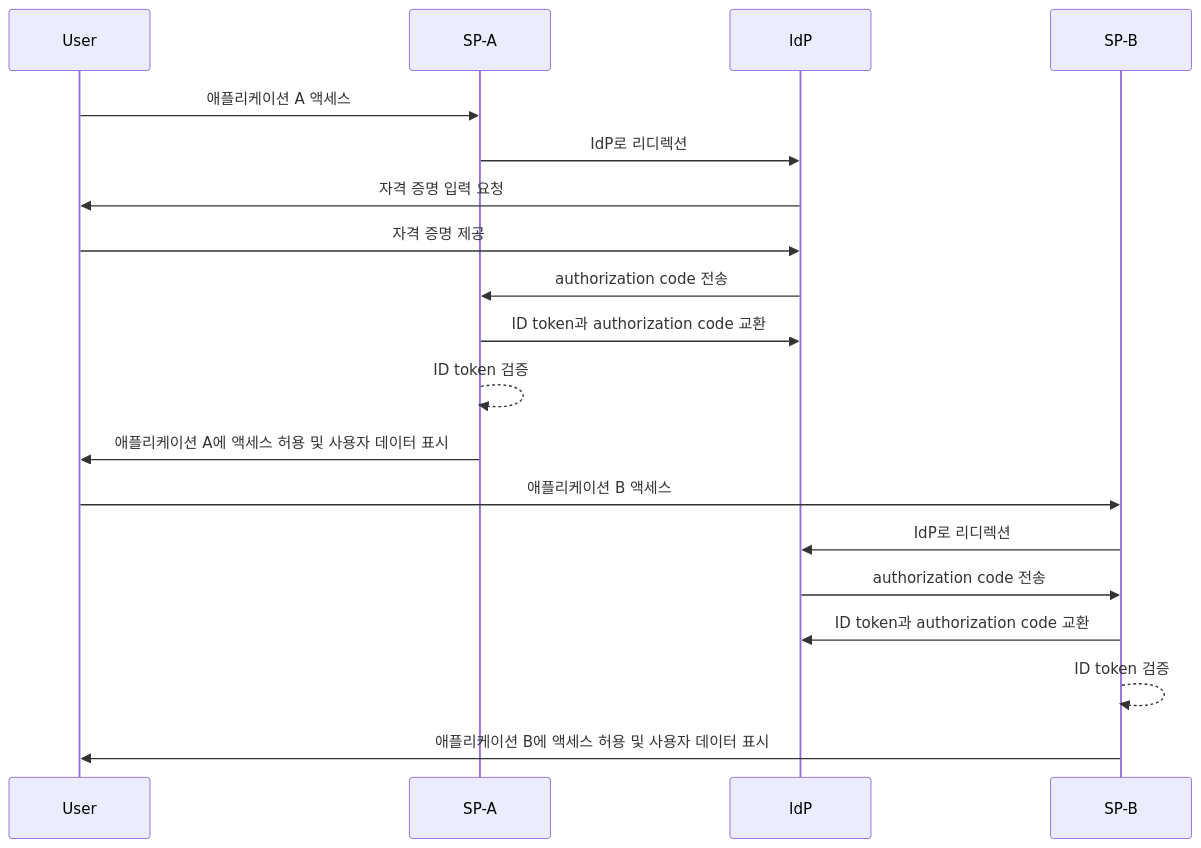
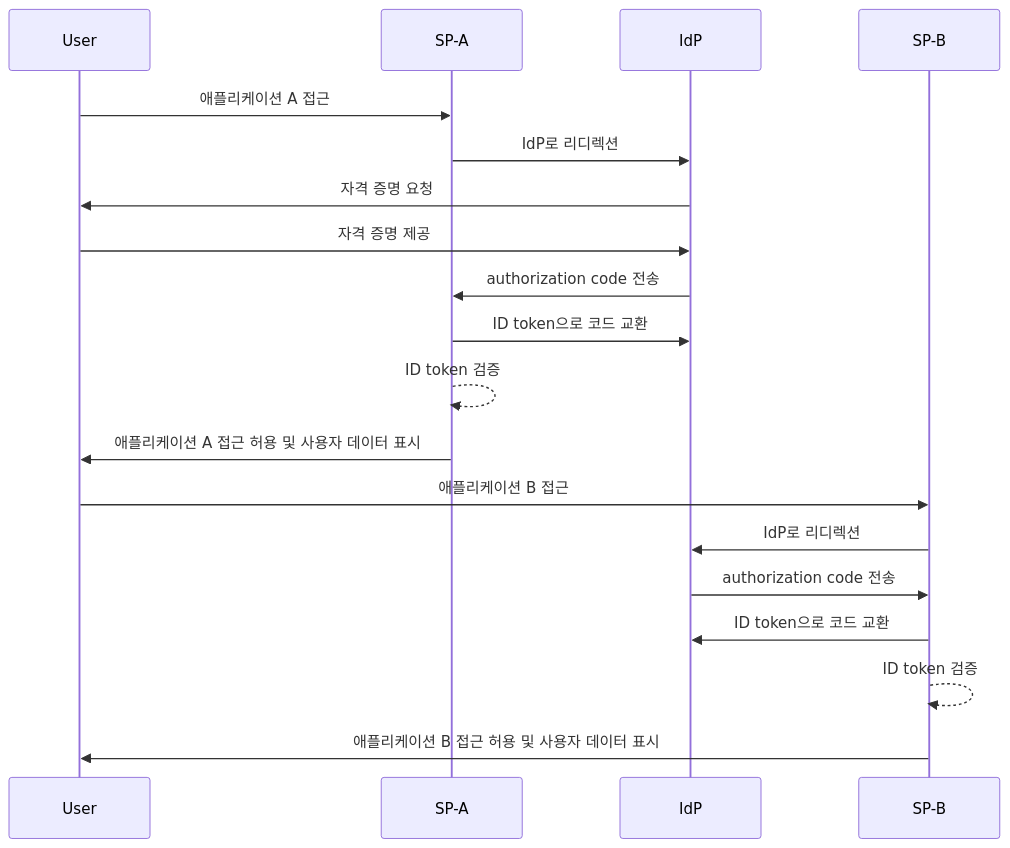
Before and after one commit to logto-io/auth-wiki: the second of 2 diagrams in src/content/terms/ko/single-sign-on.mdx, drawn with Mermaid. The commit also changed other lines of this file and 8 other files, not shown here.

````diff
--- a/src/content/terms/ko/single-sign-on.mdx
+++ b/src/content/terms/ko/single-sign-on.mdx
@@ -54,22 +56,22 @@
 ```mermaid
 sequenceDiagram
     participant User
     participant SP-A
     participant IdP
     participant SP-B
 
-    User->>SP-A: 애플리케이션 A 액세스
+    User->>SP-A: 애플리케이션 A 접근
     SP-A->>IdP: IdP로 리디렉션
-    IdP->>User: 자격 증명 입력 요청
+    IdP->>User: 자격 증명 요청
     User->>IdP: 자격 증명 제공
     IdP->>SP-A: authorization code 전송
-    SP-A->>IdP: ID token과 authorization code 교환
+    SP-A->>IdP: ID token으로 코드 교환
     SP-A-->>SP-A: ID token 검증
-    SP-A->>User: 애플리케이션 A에 액세스 허용 및 사용자 데이터 표시
-    User->>SP-B: 애플리케이션 B 액세스
+    SP-A->>User: 애플리케이션 A 접근 허용 및 사용자 데이터 표시
+    User->>SP-B: 애플리케이션 B 접근
     SP-B->>IdP: IdP로 리디렉션
     IdP->>SP-B: authorization code 전송
-    SP-B->>IdP: ID token과 authorization code 교환
+    SP-B->>IdP: ID token으로 코드 교환
     SP-B-->>SP-B: ID token 검증
-    SP-B->>User: 애플리케이션 B에 액세스 허용 및 사용자 데이터 표시
+    SP-B->>User: 애플리케이션 B 접근 허용 및 사용자 데이터 표시
 ```
````
